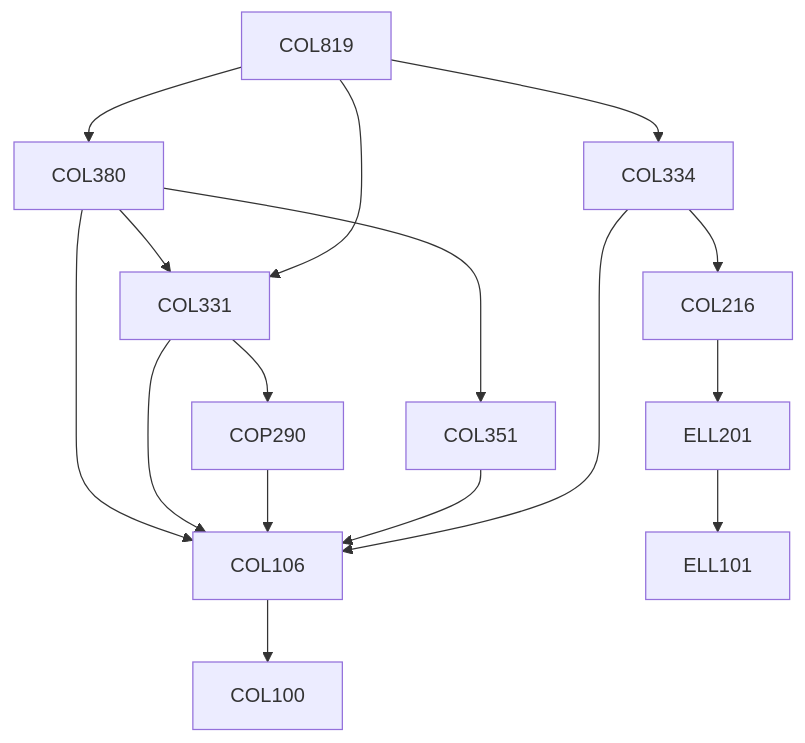
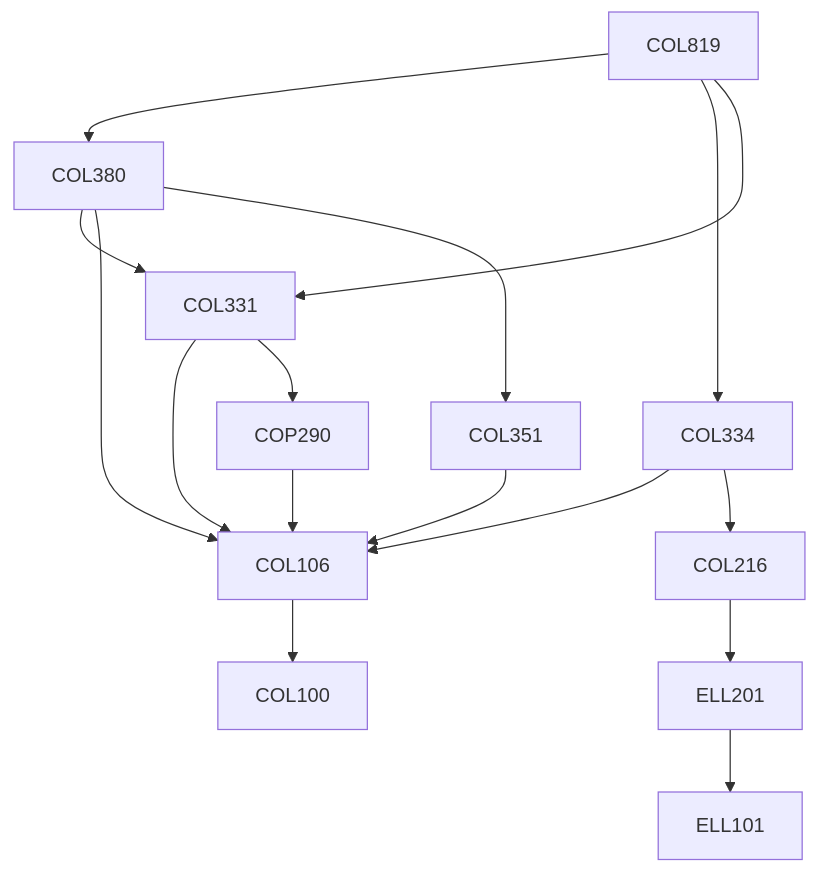
Before and after one commit to KeshavBansal0122/CoS_Website: the diagram in content/Computer Science and Engineering/COL819.md, drawn with Mermaid. The commit also changed other lines of this file and 2662 other files, not shown here.

````diff
--- a/content/Computer Science and Engineering/COL819.md
+++ b/content/Computer Science and Engineering/COL819.md
@@ -13,22 +13,22 @@
 ```mermaid
 flowchart TD
 COL819-234[COL819]
+COL106-234 --> COL100-234[COL100]
 COL819-234 --> COL380-234[COL380]
+COL380-234 --> COL331-234[COL331]
+COL331-234 --> COL106-234[COL106]
+COL331-234 --> COP290-234[COP290]
+ELL201-234 --> ELL101-234[ELL101]
+COL380-234 --> COL106-234[COL106]
 COL380-234 --> COL351-234[COL351]
-COL380-234 --> COL106-234[COL106]
-COL331-234 --> COL106-234[COL106]
-ELL201-234 --> ELL101-234[ELL101]
-COL106-234 --> COL100-234[COL100]
-COL331-234 --> COP290-234[COP290]
+COL216-234 --> ELL201-234[ELL201]
+COL334-234 --> COL106-234[COL106]
 COP290-234 --> COL106-234[COL106]
-COL380-234 --> COL331-234[COL331]
 COL351-234 --> COL106-234[COL106]
-COL216-234 --> ELL201-234[ELL201]
 COL819-234 --> COL334-234[COL334]
-COL334-234 --> COL106-234[COL106]
+COL334-234 --> COL216-234[COL216]
 COL819-234 --> COL331-234[COL331]
-COL334-234 --> COL216-234[COL216]
 
 classDef empty height:17px, fill:transparent, stroke:transparent;
 classDef trueEmpty height:0px, width:0px;
 ```
````
